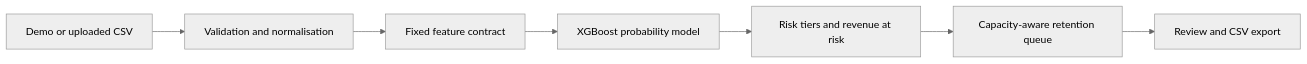
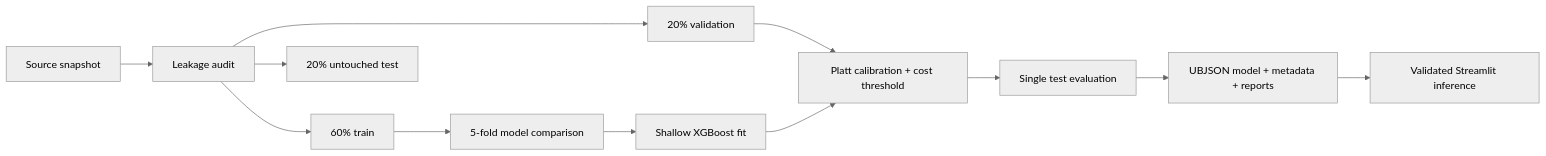
One commit to liyang6620/nz-telecom-churn-ml-simulation changed the diagram in README.md. Above: the diagram before and after it, drawn with Mermaid (neutral theme). The commit also changed other lines of this file and 29 other files, not shown here.

````diff
--- a/README.md
+++ b/README.md
@@ -43,9 +95,14 @@
 ```mermaid
 flowchart LR
-    A[Demo or uploaded CSV] --> B[Validation and normalisation]
-    B --> C[Fixed feature contract]
-    C --> D[XGBoost probability model]
-    D --> E[Risk tiers and revenue at risk]
-    E --> F[Capacity-aware retention queue]
-    F --> G[Review and CSV export]
+    A[Source snapshot] --> B[Leakage audit]
+    B --> C[60% train]
+    B --> D[20% validation]
+    B --> E[20% untouched test]
+    C --> F[5-fold model comparison]
+    F --> G[Shallow XGBoost fit]
+    D --> H[Platt calibration + cost threshold]
+    G --> H
+    H --> I[Single test evaluation]
+    I --> J[UBJSON model + metadata + reports]
+    J --> K[Validated Streamlit inference]
 ```
````
